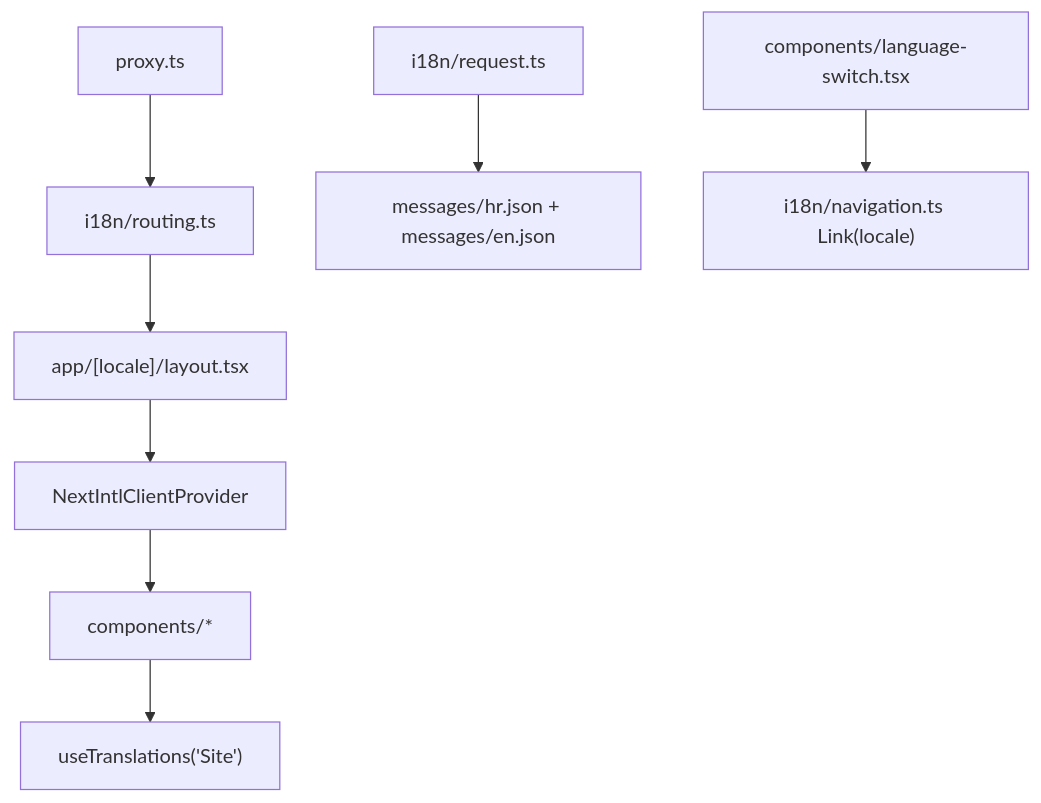
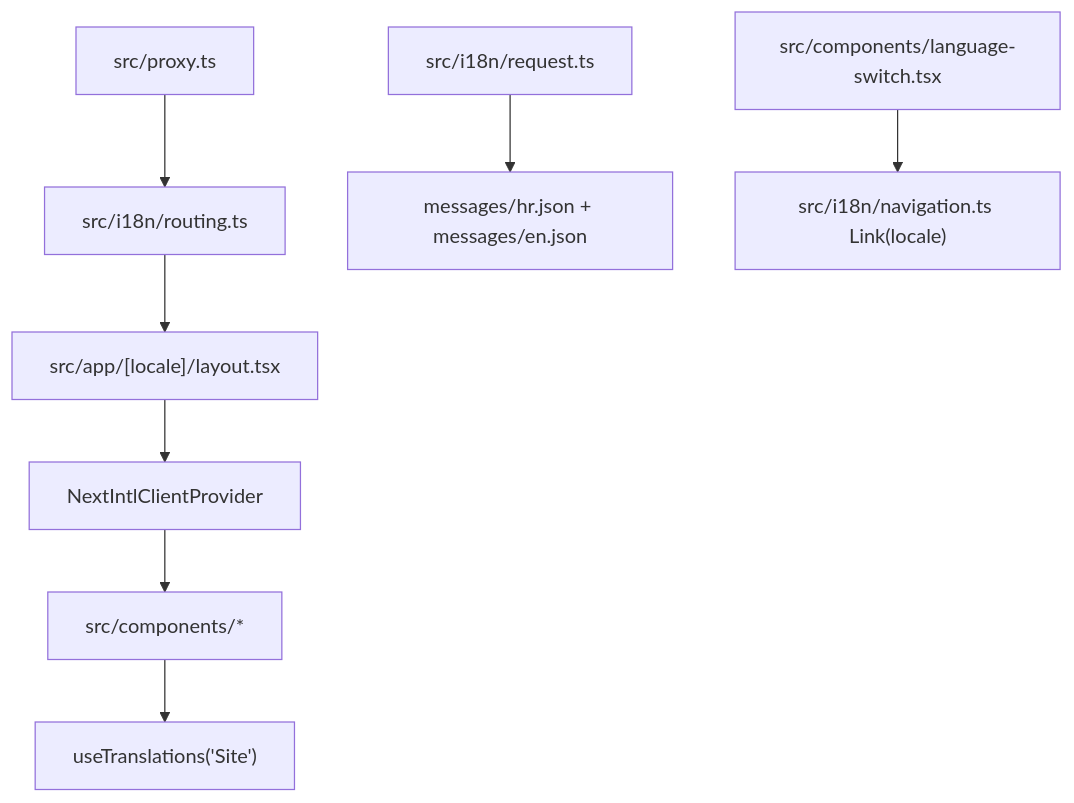
The diagram in lode/i18n/summary.md (ipavic933-spec/website-pavic), drawn with Mermaid before and after one commit. The commit also changed other lines of this file and 79 other files, not shown here.

````diff
--- a/lode/i18n/summary.md
+++ b/lode/i18n/summary.md
@@ -10,10 +10,10 @@
 ```mermaid
 flowchart TD
-  Proxy["proxy.ts"] --> Routing["i18n/routing.ts"]
-  Routing --> LocaleLayout["app/[locale]/layout.tsx"]
+  Proxy["src/proxy.ts"] --> Routing["src/i18n/routing.ts"]
+  Routing --> LocaleLayout["src/app/[locale]/layout.tsx"]
   LocaleLayout --> Provider["NextIntlClientProvider"]
-  Provider --> Components["components/*"]
-  Request["i18n/request.ts"] --> Messages["messages/hr.json + messages/en.json"]
+  Provider --> Components["src/components/*"]
+  Request["src/i18n/request.ts"] --> Messages["messages/hr.json + messages/en.json"]
   Components --> Hook["useTranslations('Site')"]
-  LanguageSwitch["components/language-switch.tsx"] --> Nav["i18n/navigation.ts Link(locale)"]
+  LanguageSwitch["src/components/language-switch.tsx"] --> Nav["src/i18n/navigation.ts Link(locale)"]
 ```
````
